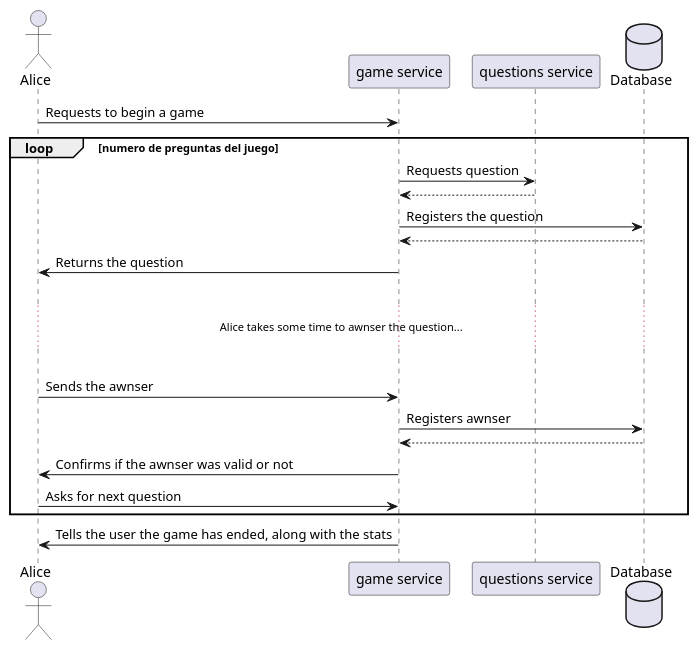
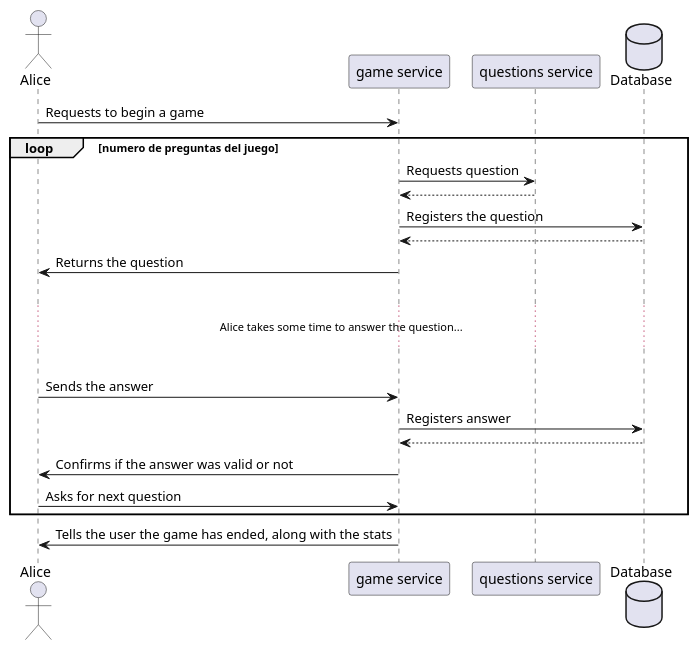
Before and after one commit to Arquisoft/wiq_es1c: the first of 3 diagrams in docs/src/06_runtime_view.adoc, drawn with PlantUML. The commit also changed other lines of this file and 2 other files, not shown here.

Commit message:
spelling checks and Azure server element added to section 7 table

```diff
--- a/docs/src/06_runtime_view.adoc
+++ b/docs/src/06_runtime_view.adoc
@@ -42,26 +42,26 @@
 [plantuml,"Start a game",png]
 ----
 actor a as "Alice"
 participant q as "game service"
 participant w as "questions service"
 database d as "Database"
 
 
 a -> q: Requests to begin a game
 loop numero de preguntas del juego
 q -> w: Requests question
 w -->q
 q -> d: Registers the question
 d -->q
 q -> a: Returns the question 
 |||
-...Alice takes some time to awnser the question......
+...Alice takes some time to answer the question......
 |||
-a -> q: Sends the awnser
-q -> d: Registers awnser
+a -> q: Sends the answer
+q -> d: Registers answer
 d -->q
-q -> a: Confirms if the awnser was valid or not
+q -> a: Confirms if the answer was valid or not
 a -> q: Asks for next question
 end
 q -> a: Tells the user the game has ended, along with the stats
 ----
```
